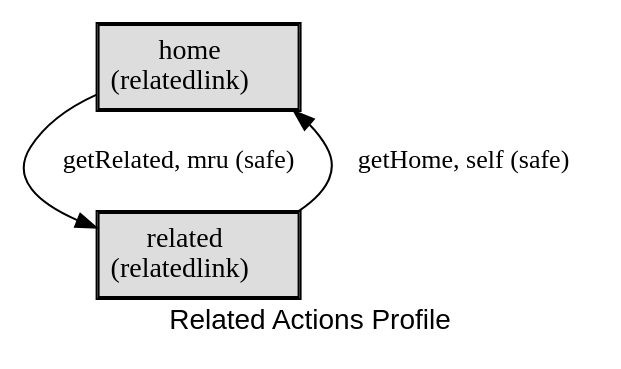
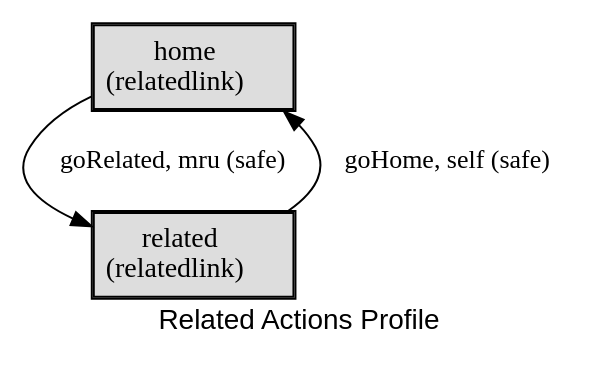
The diagram in docs/related/related.dot (webapicookbook/alps-documents), drawn with Graphviz before and after one commit. The commit also changed 109 other files, not shown here.

```diff
--- a/docs/related/related.dot
+++ b/docs/related/related.dot
@@ -1,17 +1,17 @@
 digraph application_state_diagram {
   graph [
     labelloc="b";
     fontname="Helvetica"
     label="Related Actions Profile";
     URL="index.html" target="_parent"
   ];
   node [shape = box, style = "bold,filled"];
 
     home [style=solid, margin=0.02, label=<<table cellspacing="0" cellpadding="5" cellborder="1" border="0"><tr><td bgcolor="#dddddd">home<br />(relatedlink)<br /></td></tr></table>>,shape=box URL="docs/semantic.home.html" target="_parent"]
     related [style=solid, margin=0.02, label=<<table cellspacing="0" cellpadding="5" cellborder="1" border="0"><tr><td bgcolor="#dddddd">related<br />(relatedlink)<br /></td></tr></table>>,shape=box URL="docs/semantic.related.html" target="_parent"]
 
-    home -> related [label = "getRelated, mru (safe)" URL="docs/safe.getRelated.html" target="_parent" fontsize=13];
-    related -> home [label = "getHome, self (safe)" URL="docs/safe.getHome.html" target="_parent" fontsize=13];
+    home -> related [label = "goRelated, mru (safe)" URL="docs/safe.goRelated.html" target="_parent" fontsize=13];
+    related -> home [label = "goHome, self (safe)" URL="docs/safe.goHome.html" target="_parent" fontsize=13];
 
 
 }
```
